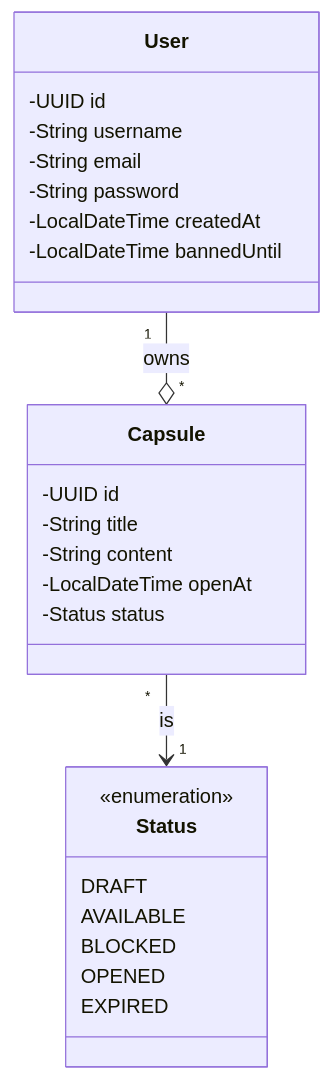
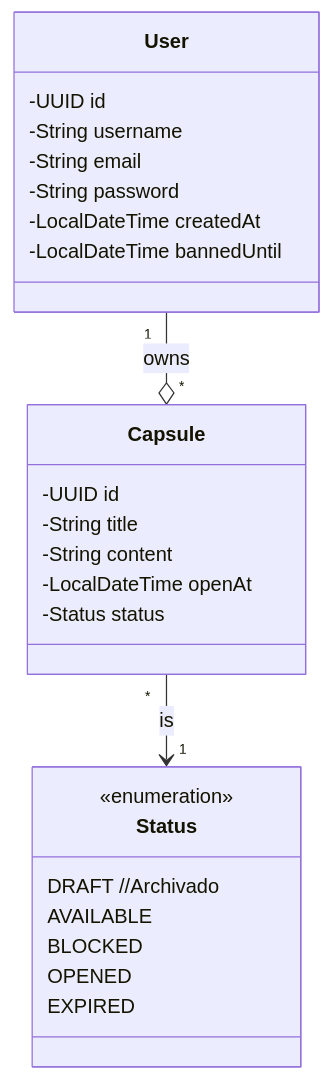
One commit to vvu981/chronos-link changed the diagram in backend/README.md. Above: the diagram before and after it, drawn with Mermaid. The commit also changed 3 other files, not shown here.

````diff
--- a/backend/README.md
+++ b/backend/README.md
@@ -1,31 +1,31 @@
 ```mermaid
 classDiagram
     class User {
         -UUID id
         -String username
         -String email
         -String password
         -LocalDateTime createdAt
         -LocalDateTime bannedUntil
     }
 
     class Capsule {
         -UUID id
         -String title
         -String content
         -LocalDateTime openAt
         -Status status
     }
 
     class Status {
         <<enumeration>>
-        DRAFT
+        DRAFT //Archivado
         AVAILABLE
         BLOCKED
         OPENED
         EXPIRED
     }
 
     User "1" --o "*" Capsule : owns
     Capsule "*" --> "1" Status : is
 ```
````
